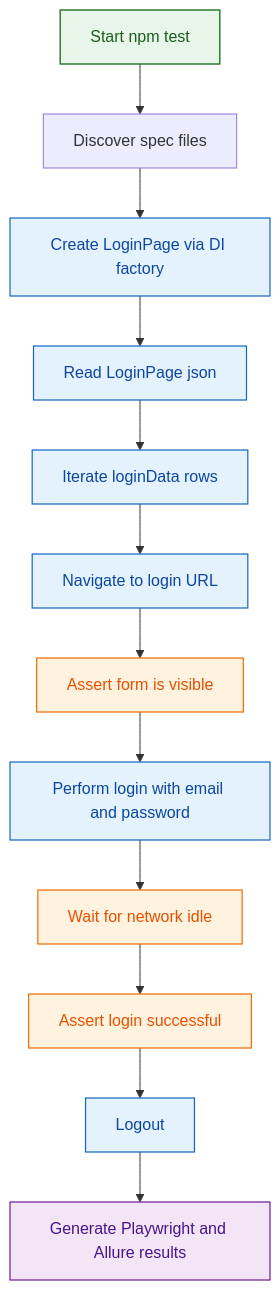
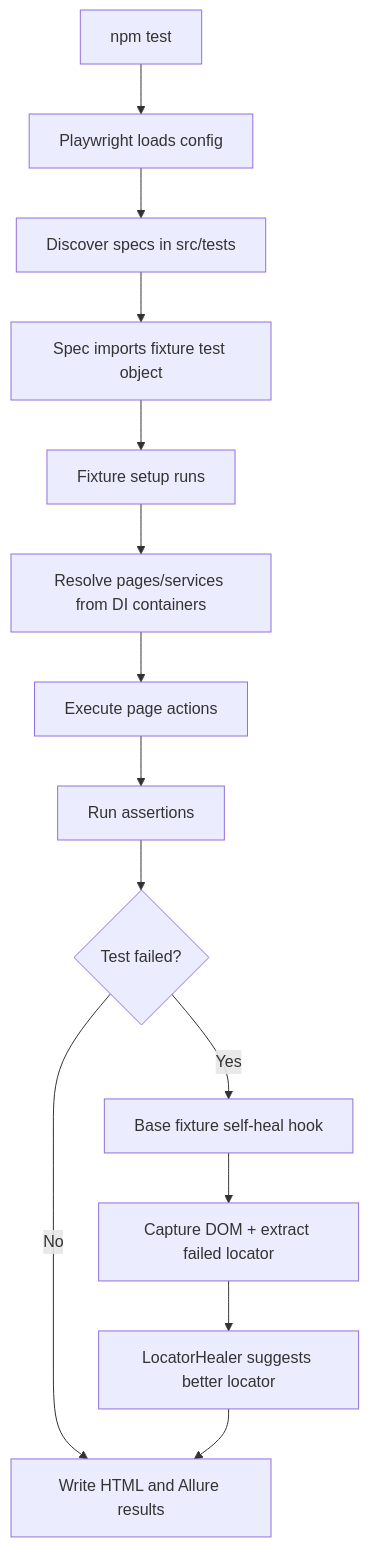
One commit to Vijay-Durairaj/Playwright_Framework changed the first of 3 diagrams in README.md. Above: the diagram before and after it, drawn with Mermaid. The commit also changed other lines of this file and 29 other files, not shown here.

````diff
--- a/README.md
+++ b/README.md
@@ -146,24 +101,16 @@
 ```mermaid
 flowchart TD
-    A[Start npm test] --> B[Discover spec files]
-    B --> C[Create LoginPage via DI factory]
-    C --> D[Read LoginPage json]
-    D --> E[Iterate loginData rows]
-    E --> F[Navigate to login URL]
-    F --> G[Assert form is visible]
-    G --> H[Perform login with email and password]
-    H --> I[Wait for network idle]
-    I --> J[Assert login successful]
-    J --> K[Logout]
-    K --> L[Generate Playwright and Allure results]
-
-    classDef start fill:#E8F5E9,stroke:#2E7D32,color:#1B5E20,stroke-width:1.5px;
-    classDef action fill:#E3F2FD,stroke:#1565C0,color:#0D47A1,stroke-width:1.2px;
-    classDef assert fill:#FFF3E0,stroke:#EF6C00,color:#E65100,stroke-width:1.2px;
-    classDef report fill:#F3E5F5,stroke:#6A1B9A,color:#4A148C,stroke-width:1.2px;
-
-    class A start;
-    class C,D,E,F,H,K action;
-    class G,I,J assert;
-    class L report;
+    A[npm test] --> B[Playwright loads config]
+    B --> C[Discover specs in src/tests]
+    C --> D[Spec imports fixture test object]
+    D --> E[Fixture setup runs]
+    E --> F[Resolve pages/services from DI containers]
+    F --> G[Execute page actions]
+    G --> H[Run assertions]
+    H --> I{Test failed?}
+    I -- No --> J[Write HTML and Allure results]
+    I -- Yes --> K[Base fixture self-heal hook]
+    K --> L[Capture DOM + extract failed locator]
+    L --> M[LocatorHealer suggests better locator]
+    M --> J
 ```
````
